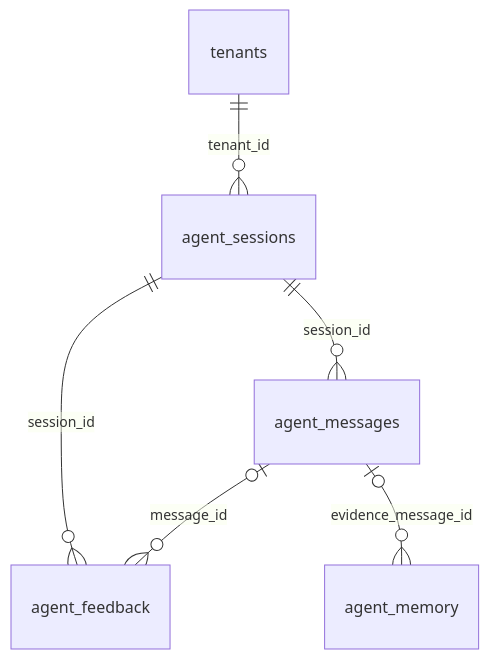
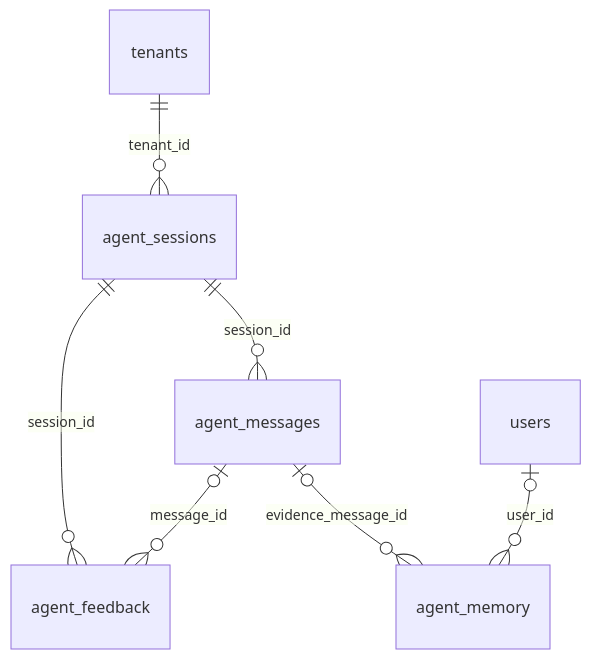
Before and after one commit to Starck43/social-media-ai: the third of 4 diagrams in docs/MODELS.md, drawn with Mermaid. The commit also changed other lines of this file and 1 other file, not shown here.

Commit message:
docs: reconcile model schema and admin contracts with current dev

````diff
--- a/docs/MODELS.md
+++ b/docs/MODELS.md
@@ -302,8 +405,9 @@
 ```mermaid
 erDiagram
     tenants ||--o{ agent_sessions : tenant_id
     agent_sessions ||--o{ agent_messages : session_id
     agent_sessions ||--o{ agent_feedback : session_id
     agent_messages o|--o{ agent_feedback : message_id
     agent_messages o|--o{ agent_memory : evidence_message_id
+    users o|--o{ agent_memory : user_id
 ```
````
